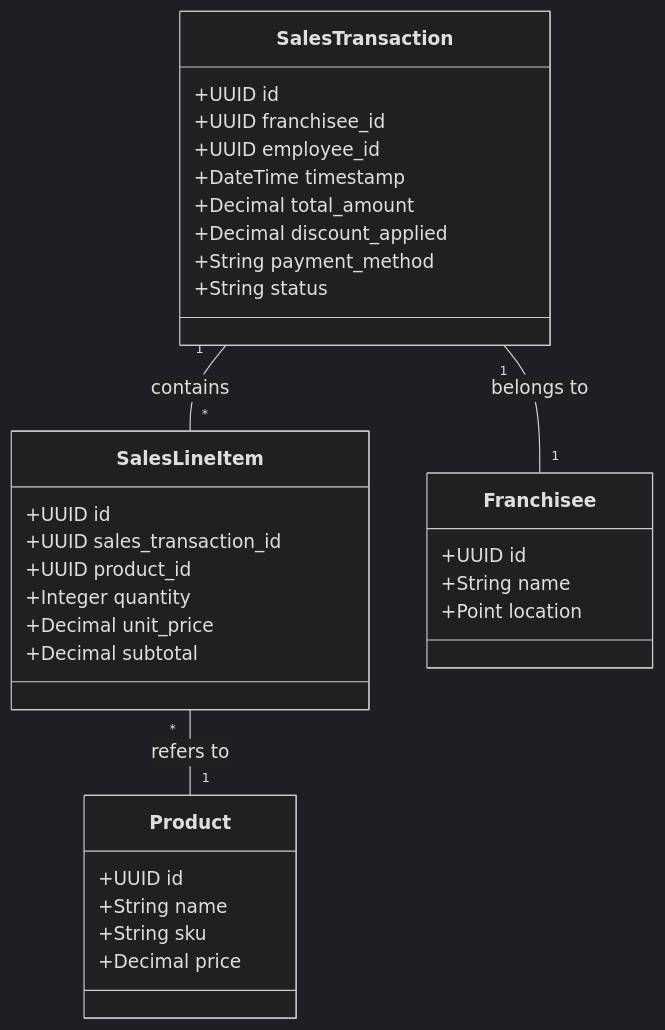
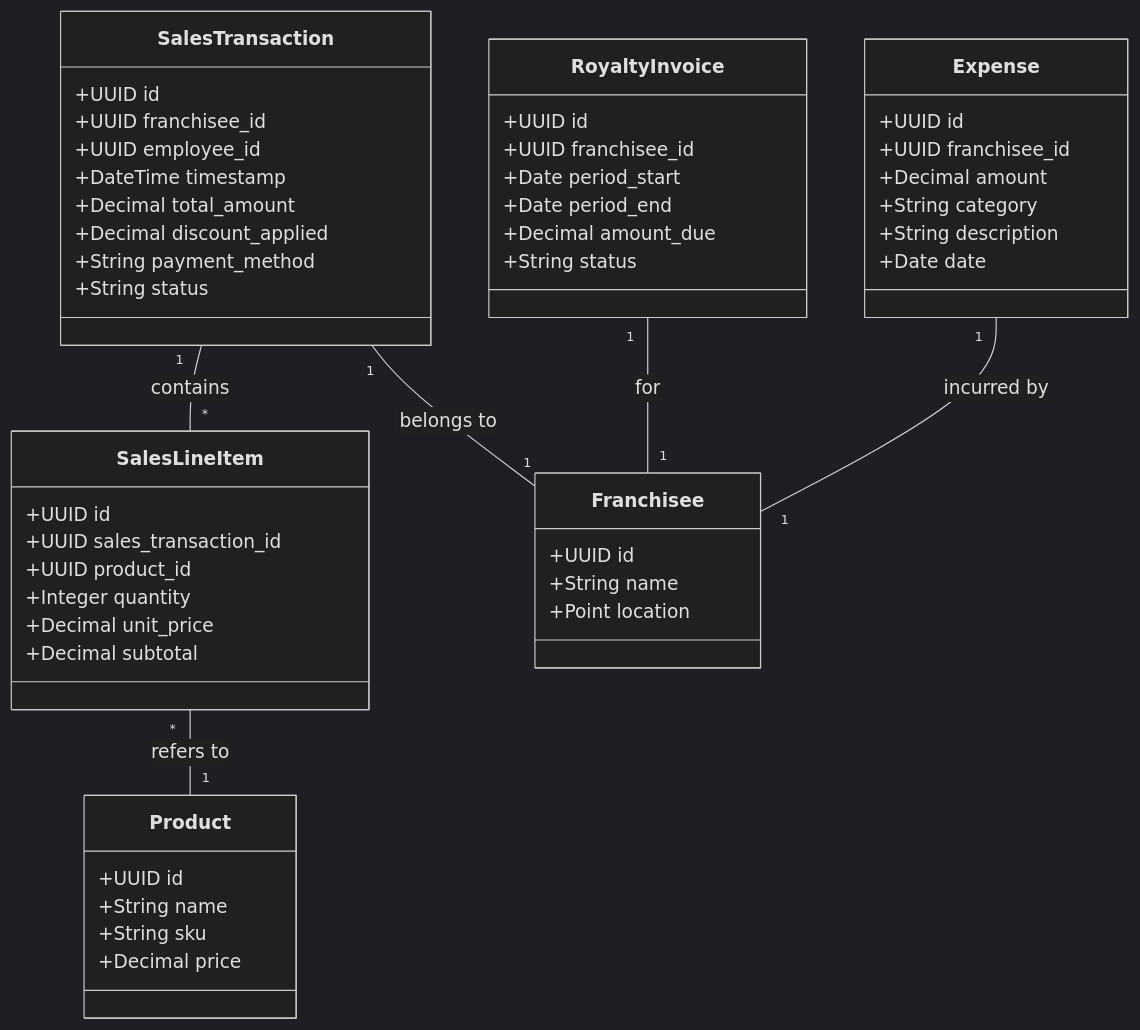
The second of 10 diagrams in docs/Software_Features_Technical_Data.md (lohnxongmixay/LazyFranchisor), drawn with Mermaid (dark theme) before and after one commit. The commit also changed other lines of this file and 4 other files, not shown here.

Commit message:
Docs: Updated all documentation with expanded features and roadmap

````diff
--- a/docs/Software_Features_Technical_Data.md
+++ b/docs/Software_Features_Technical_Data.md
@@ -47,36 +56,54 @@
         ```mermaid
         classDiagram
             class SalesTransaction {
                 +UUID id
                 +UUID franchisee_id
                 +UUID employee_id
                 +DateTime timestamp
                 +Decimal total_amount
                 +Decimal discount_applied
                 +String payment_method
                 +String status
             }
             class SalesLineItem {
                 +UUID id
                 +UUID sales_transaction_id
                 +UUID product_id
                 +Integer quantity
                 +Decimal unit_price
                 +Decimal subtotal
             }
             class Product {
                 +UUID id
                 +String name
                 +String sku
                 +Decimal price
             }
             class Franchisee {
                 +UUID id
                 +String name
                 +Point location
             }
+            class RoyaltyInvoice {
+                +UUID id
+                +UUID franchisee_id
+                +Date period_start
+                +Date period_end
+                +Decimal amount_due
+                +String status
+            }
+            class Expense {
+                +UUID id
+                +UUID franchisee_id
+                +Decimal amount
+                +String category
+                +String description
+                +Date date
+            }
 
             SalesTransaction "1" -- "*" SalesLineItem : contains
             SalesLineItem "*" -- "1" Product : refers to
             SalesTransaction "1" -- "1" Franchisee : belongs to
+            RoyaltyInvoice "1" -- "1" Franchisee : for
+            Expense "1" -- "1" Franchisee : incurred by
         ```
````
